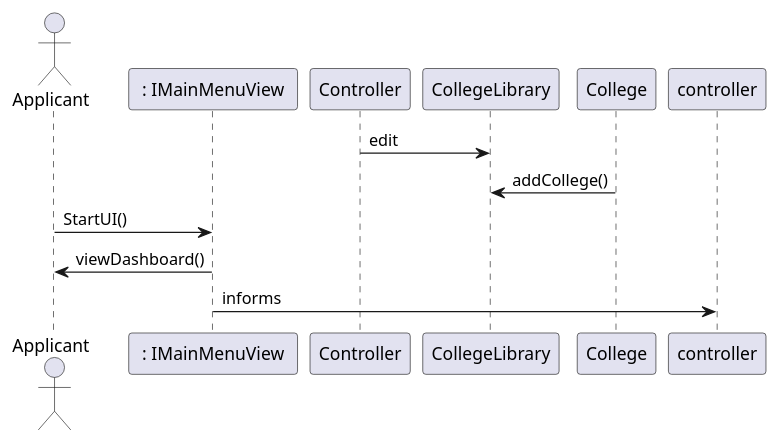
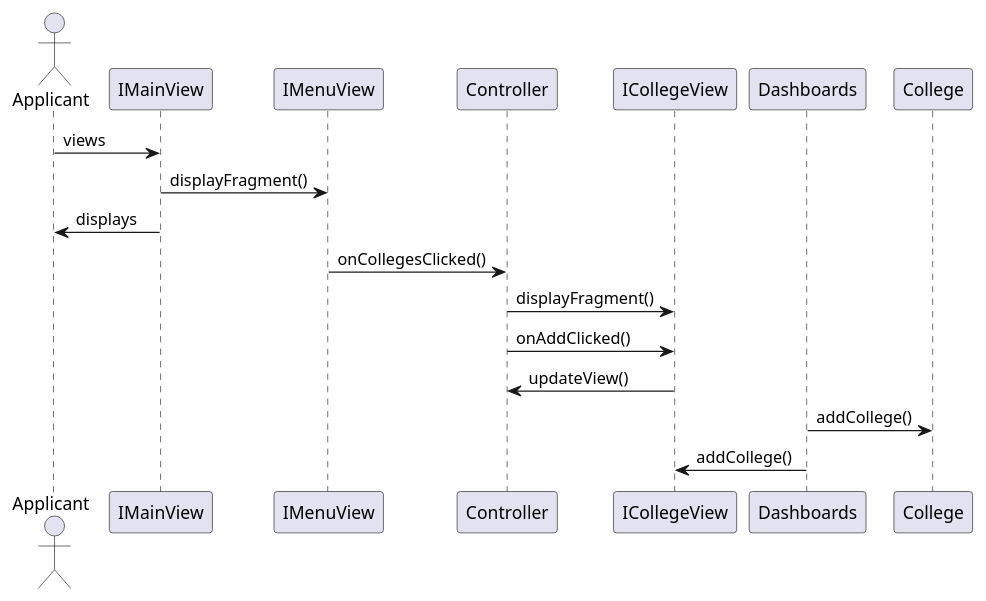
Before and after one commit to jlederer33/Essay-Review-App: the first of 7 diagrams in intellij/doc/design.md, drawn with PlantUML. The commit also changed other lines of this file, not shown here.

Commit message:
finished updating Sequence and class diagrams

````diff
--- a/intellij/doc/design.md
+++ b/intellij/doc/design.md
@@ -4,10 +4,13 @@
 ```plantuml
 actor Applicant as applicant
-participant " : IMainMenuView " as IMainMenuView
-Controller -> CollegeLibrary : edit
-CollegeLibrary <- College : addCollege()
-applicant -> IMainMenuView : StartUI()
-applicant <- IMainMenuView : viewDashboard()
-IMainMenuView-> controller : informs
+applicant-> IMainView : views
+IMainView -> IMenuView : displayFragment()
+applicant <- IMainView : displays
+IMenuView -> Controller : onCollegesClicked()
+Controller -> ICollegeView: displayFragment()
+Controller -> ICollegeView: onAddClicked()
+ICollegeView -> Controller : updateView()
+Dashboards-> College : addCollege()
+Dashboards -> ICollegeView: addCollege() 
 
 ```
````
